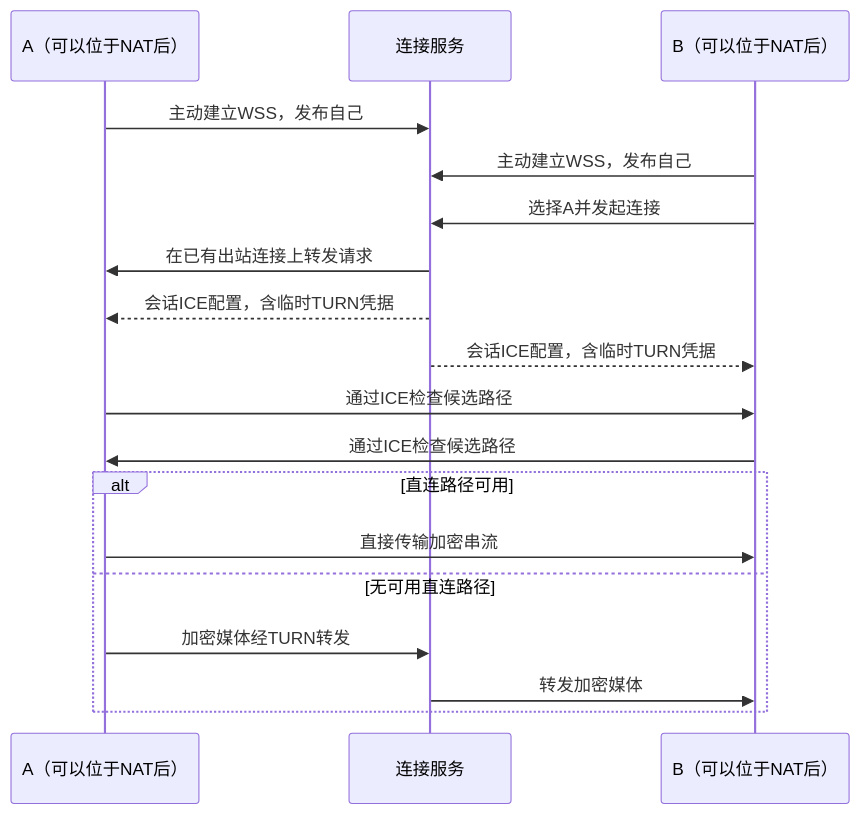
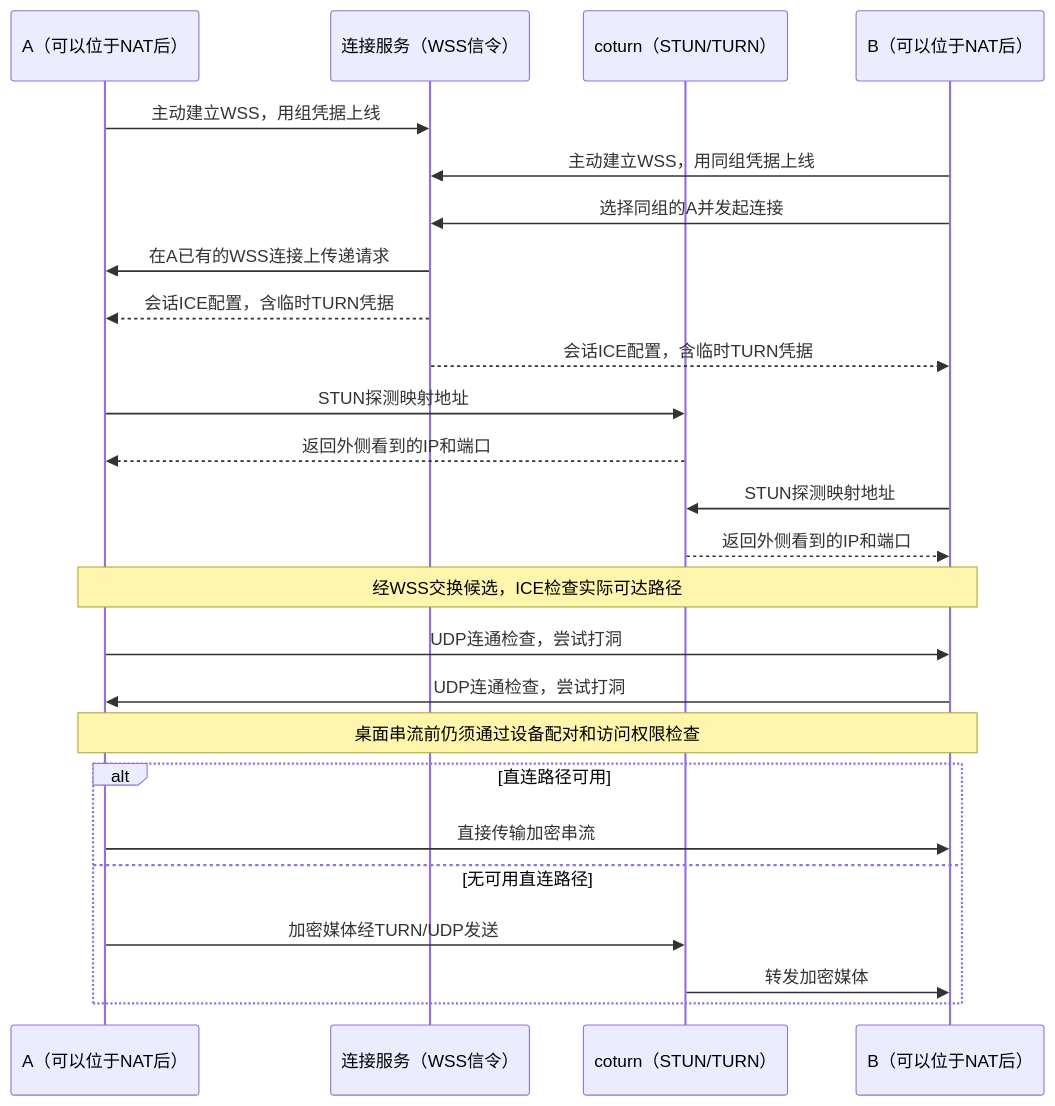
One commit to TheRainstorm/eclipse changed the diagram in docs/connection-service.md. Above: the diagram before and after it, drawn with Mermaid. The commit also changed other lines of this file and 4 other files, not shown here.

````diff
--- a/docs/connection-service.md
+++ b/docs/connection-service.md
@@ -19,20 +179,27 @@
 ```mermaid
 sequenceDiagram
     participant A as A（可以位于NAT后）
-    participant S as 连接服务
+    participant S as 连接服务（WSS信令）
+    participant T as coturn（STUN/TURN）
     participant B as B（可以位于NAT后）
-    A->>S: 主动建立WSS，发布自己
-    B->>S: 主动建立WSS，发布自己
-    B->>S: 选择A并发起连接
-    S->>A: 在已有出站连接上转发请求
+    A->>S: 主动建立WSS，用组凭据上线
+    B->>S: 主动建立WSS，用同组凭据上线
+    B->>S: 选择同组的A并发起连接
+    S->>A: 在A已有的WSS连接上传递请求
     S-->>A: 会话ICE配置，含临时TURN凭据
     S-->>B: 会话ICE配置，含临时TURN凭据
-    A->>B: 通过ICE检查候选路径
-    B->>A: 通过ICE检查候选路径
+    A->>T: STUN探测映射地址
+    T-->>A: 返回外侧看到的IP和端口
+    B->>T: STUN探测映射地址
+    T-->>B: 返回外侧看到的IP和端口
+    Note over A,B: 经WSS交换候选，ICE检查实际可达路径
+    A->>B: UDP连通检查，尝试打洞
+    B->>A: UDP连通检查，尝试打洞
+    Note over A,B: 桌面串流前仍须通过设备配对和访问权限检查
     alt 直连路径可用
         A->>B: 直接传输加密串流
     else 无可用直连路径
-        A->>S: 加密媒体经TURN转发
-        S->>B: 转发加密媒体
+        A->>T: 加密媒体经TURN/UDP发送
+        T->>B: 转发加密媒体
     end
 ```
````
